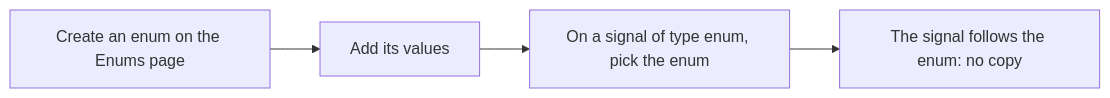
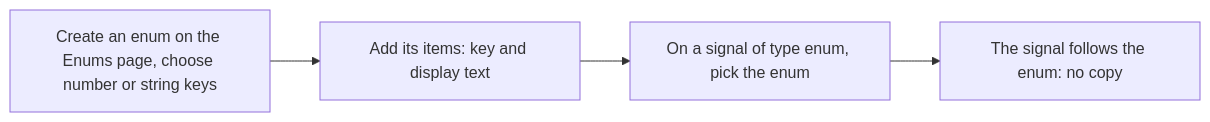
Before and after one commit to AlexandreGallais/synoptic-studio-spec: the second of 2 diagrams in metadata/06-enums.md, drawn with Mermaid. The commit also changed other lines of this file and 14 other files, not shown here.

````diff
--- a/metadata/06-enums.md
+++ b/metadata/06-enums.md
@@ -30,6 +39,6 @@
 ```mermaid
 flowchart LR
-    A["Create an enum on the Enums page"] --> B["Add its values"]
+    A["Create an enum on the Enums page, choose number or string keys"] --> B["Add its items: key and display text"]
     B --> C["On a signal of type enum, pick the enum"]
     C --> D["The signal follows the enum: no copy"]
 ```
````
